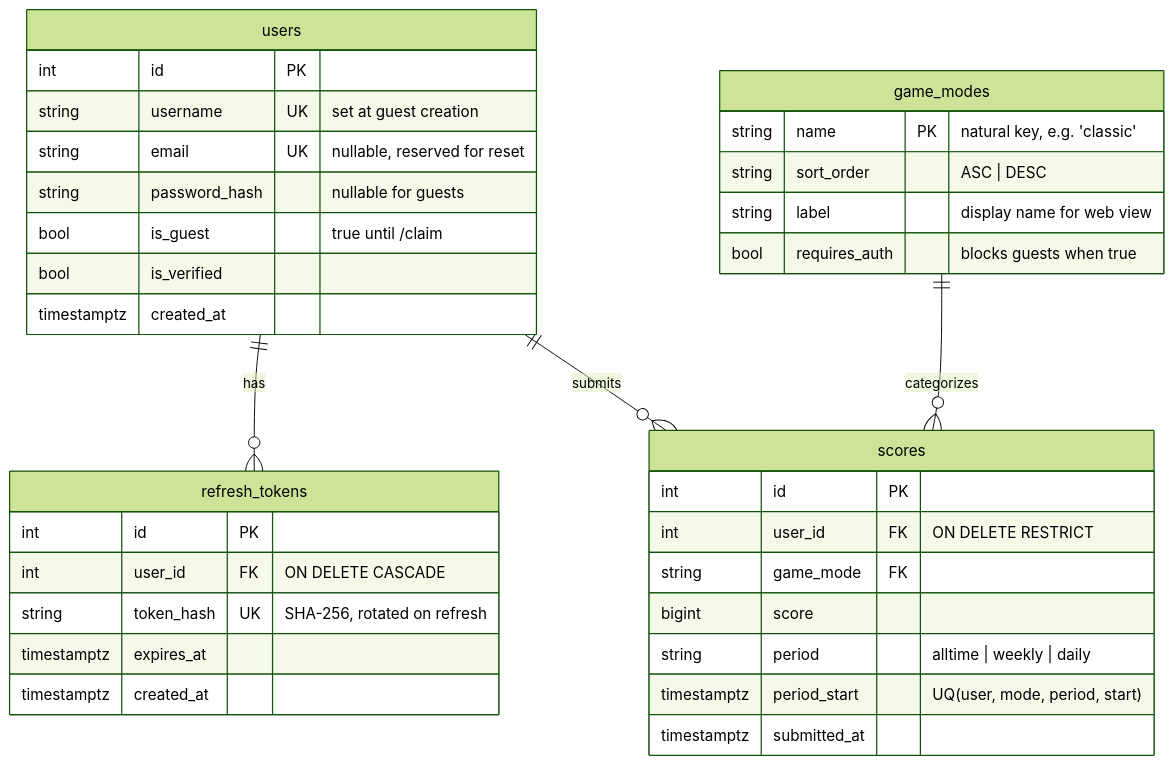
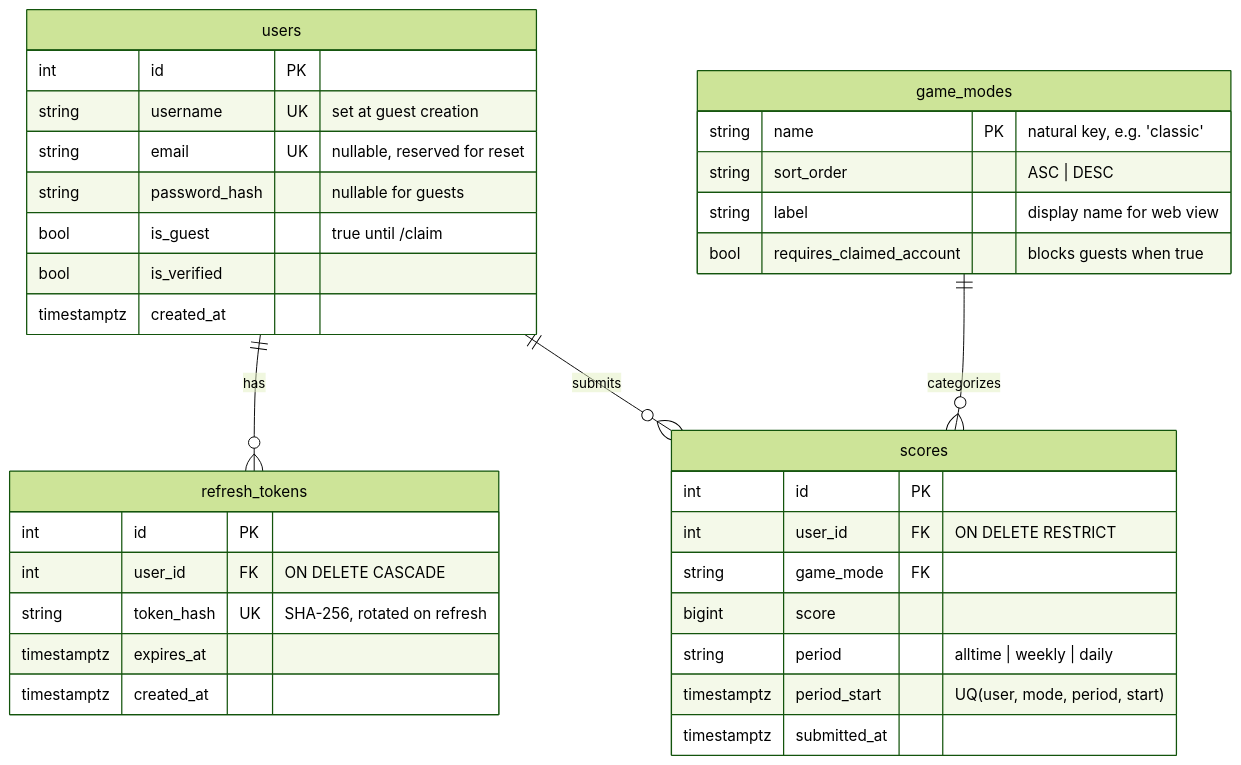
The second of 4 diagrams in README.md (EricMay256/HighScoreServer), drawn with Mermaid (forest theme) before and after one commit. The commit also changed other lines of this file, not shown here.

````diff
--- a/README.md
+++ b/README.md
@@ -127,37 +127,37 @@
 ```mermaid
 erDiagram
     users ||--o{ refresh_tokens : "has"
     users ||--o{ scores : "submits"
     game_modes ||--o{ scores : "categorizes"
     users {
         int id PK
         string username UK "set at guest creation"
         string email UK "nullable, reserved for reset"
         string password_hash "nullable for guests"
         bool is_guest "true until /claim"
         bool is_verified
         timestamptz created_at
     }
     refresh_tokens {
         int id PK
         int user_id FK "ON DELETE CASCADE"
         string token_hash UK "SHA-256, rotated on refresh"
         timestamptz expires_at
         timestamptz created_at
     }
     game_modes {
         string name PK "natural key, e.g. 'classic'"
         string sort_order "ASC | DESC"
         string label "display name for web view"
-        bool requires_auth "blocks guests when true"
+        bool requires_claimed_account "blocks guests when true"
     }
     scores {
         int id PK
         int user_id FK "ON DELETE RESTRICT"
         string game_mode FK
         bigint score
         string period "alltime | weekly | daily"
         timestamptz period_start "UQ(user, mode, period, start)"
         timestamptz submitted_at
     }
 ```
````
